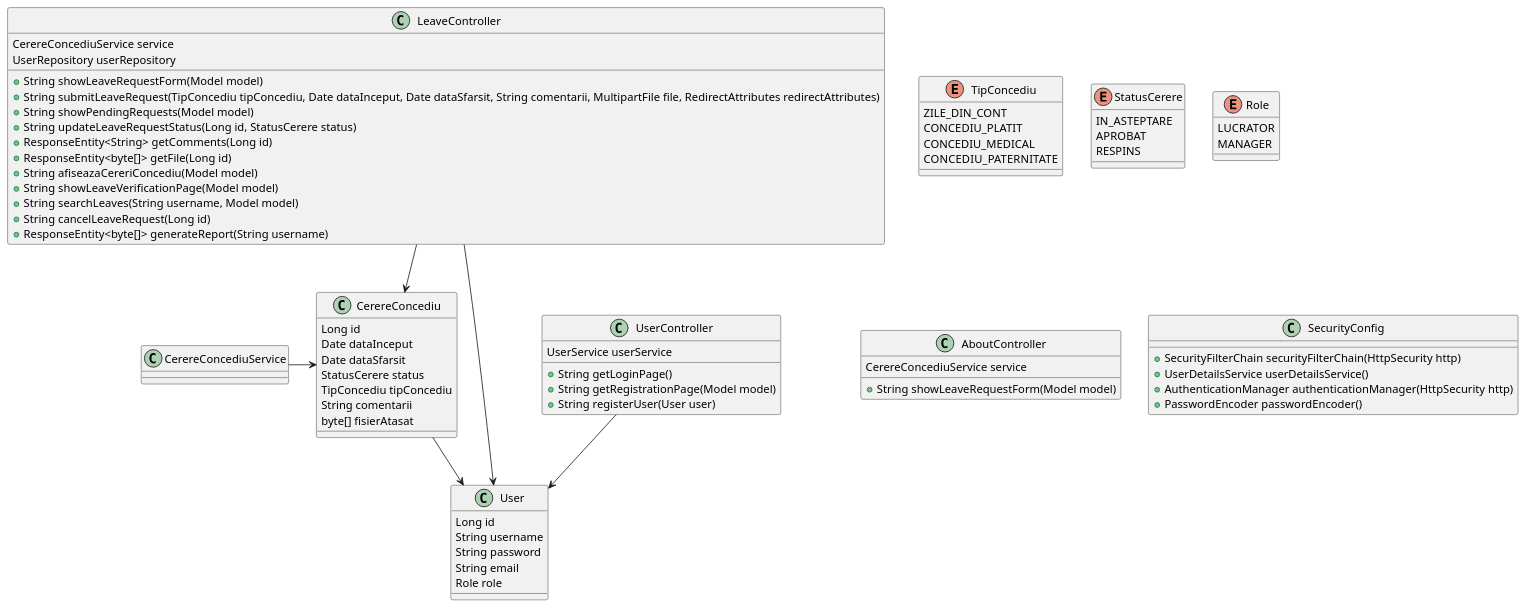
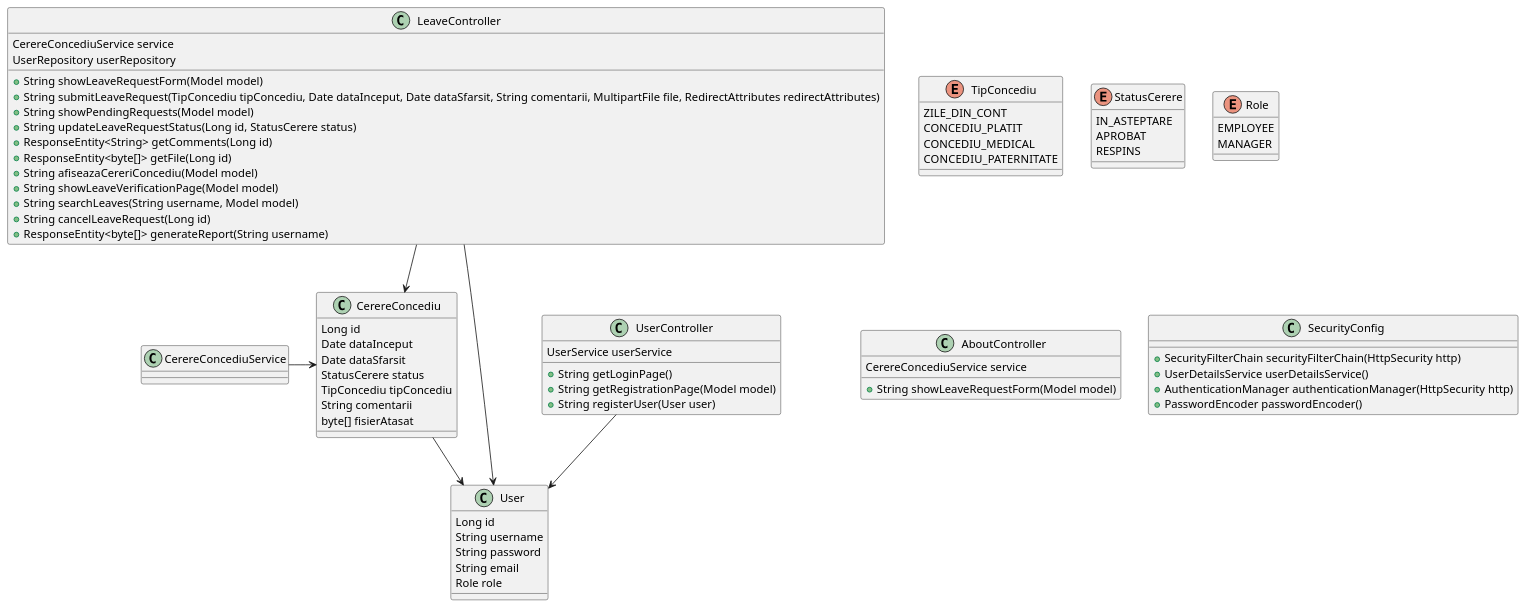
One commit to CatalinaMariaDev/employee-management changed the diagram in employee-management.puml. Above: the diagram before and after it, drawn with PlantUML. The commit also changed 14 other files, not shown here.

```diff
--- a/employee-management.puml
+++ b/employee-management.puml
@@ -1,87 +1,87 @@
 @startuml
 
 ' Definire entități
 
 class CerereConcediu {
     Long id
     Date dataInceput
     Date dataSfarsit
     StatusCerere status
     TipConcediu tipConcediu
     String comentarii
     byte[] fisierAtasat
 }
 
 class User {
     Long id
     String username
     String password
     String email
     Role role
 }
 
 enum TipConcediu {
     ZILE_DIN_CONT
     CONCEDIU_PLATIT
     CONCEDIU_MEDICAL
     CONCEDIU_PATERNITATE
 }
 
 enum StatusCerere {
     IN_ASTEPTARE
     APROBAT
     RESPINS
 }
 
 enum Role {
-    LUCRATOR
+    EMPLOYEE
     MANAGER
 }
 
 ' Definire relații
 
 CerereConcediu --> User
 
 ' Definire controller-e
 
 class AboutController {
     CerereConcediuService service
     +String showLeaveRequestForm(Model model)
 }
 
 class LeaveController {
     CerereConcediuService service
     UserRepository userRepository
     +String showLeaveRequestForm(Model model)
     +String submitLeaveRequest(TipConcediu tipConcediu, Date dataInceput, Date dataSfarsit, String comentarii, MultipartFile file, RedirectAttributes redirectAttributes)
     +String showPendingRequests(Model model)
     +String updateLeaveRequestStatus(Long id, StatusCerere status)
     +ResponseEntity<String> getComments(Long id)
     +ResponseEntity<byte[]> getFile(Long id)
     +String afiseazaCereriConcediu(Model model)
     +String showLeaveVerificationPage(Model model)
     +String searchLeaves(String username, Model model)
     +String cancelLeaveRequest(Long id)
     +ResponseEntity<byte[]> generateReport(String username)
 }
 
 class UserController {
     UserService userService
     +String getLoginPage()
     +String getRegistrationPage(Model model)
     +String registerUser(User user)
 }
 
 class SecurityConfig {
     +SecurityFilterChain securityFilterChain(HttpSecurity http)
     +UserDetailsService userDetailsService()
     +AuthenticationManager authenticationManager(HttpSecurity http)
     +PasswordEncoder passwordEncoder()
 }
 
 CerereConcediuService -right-> CerereConcediu
 LeaveController -down-> CerereConcediu
 LeaveController -down-> User
 UserController -down-> User
 
 @enduml
```
